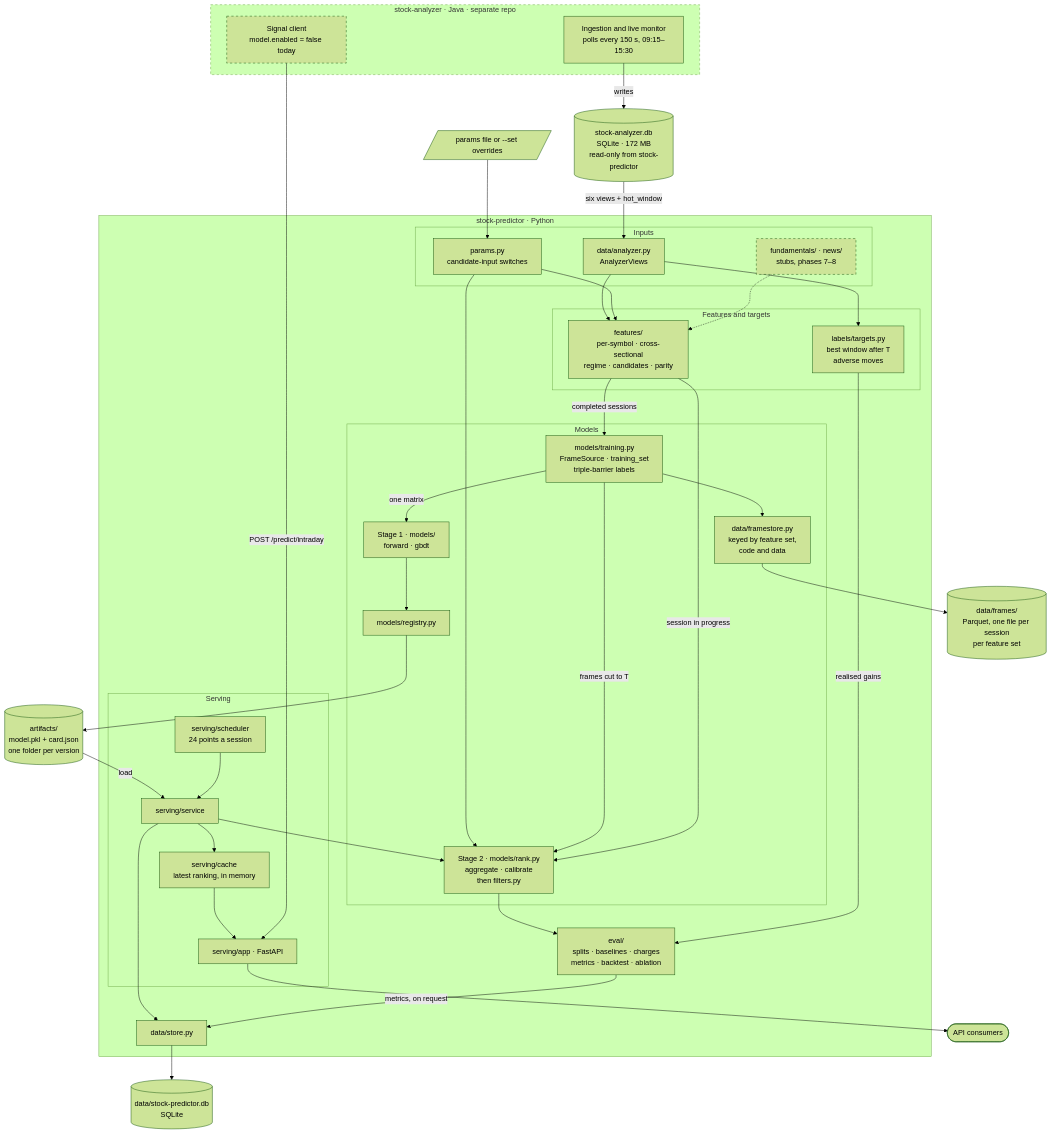
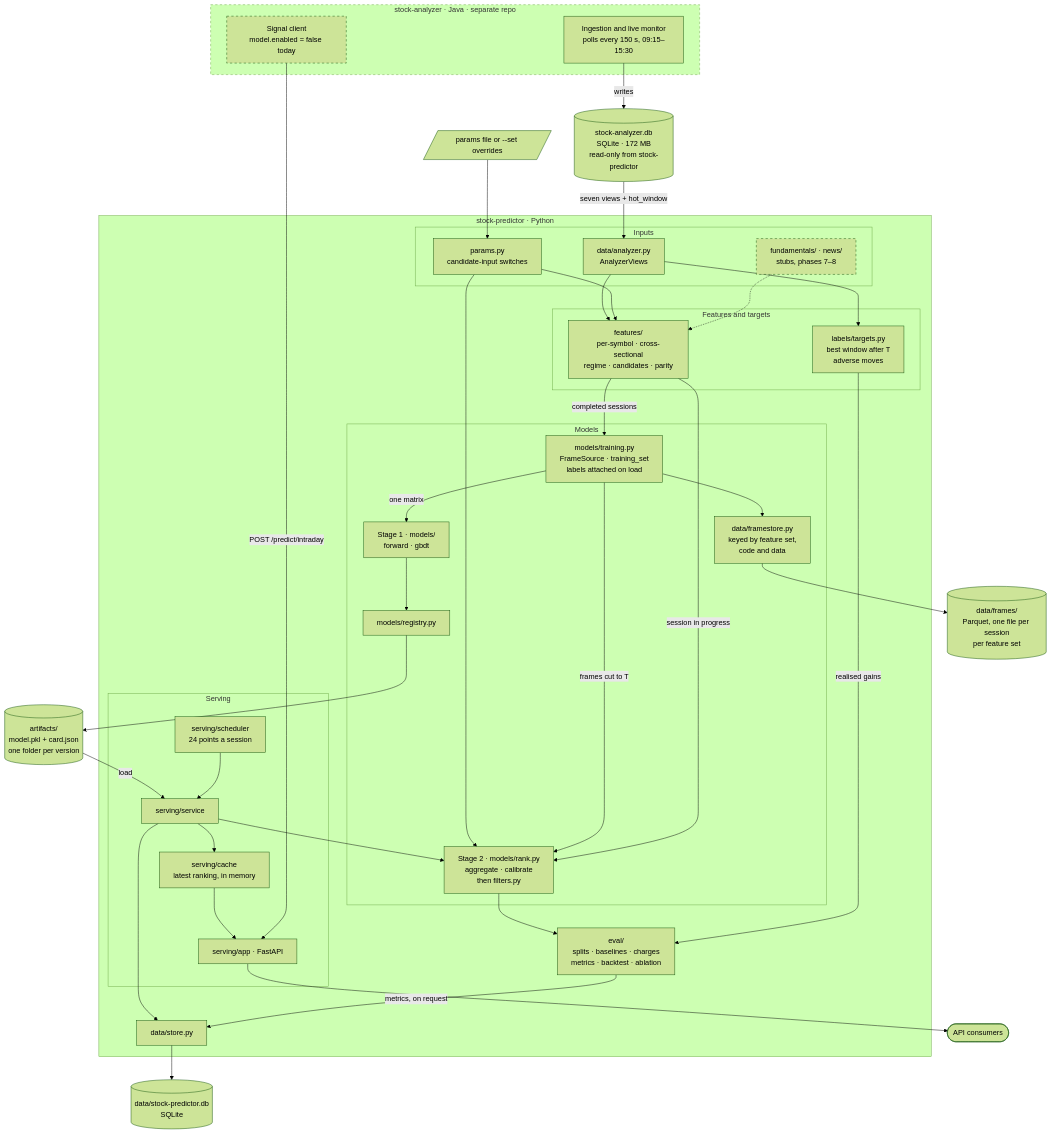
One commit to agnbha/stock-predictor changed the diagram in docs/ARCHITECTURE.md. Above: the diagram before and after it, drawn with Mermaid (forest theme). The commit also changed other lines of this file and 13 other files, not shown here.

````diff
--- a/docs/ARCHITECTURE.md
+++ b/docs/ARCHITECTURE.md
@@ -12,80 +12,80 @@
 ```mermaid
 flowchart TB
   subgraph SA["stock-analyzer · Java · separate repo"]
     ingest["Ingestion and live monitor<br/>polls every 150 s, 09:15–15:30"]
     monitor["Signal client<br/>model.enabled = false today"]
   end
 
   adb[("stock-analyzer.db<br/>SQLite · 172 MB<br/>read-only from stock-predictor")]
 
   subgraph SP["stock-predictor · Python"]
     subgraph INPUTS["Inputs"]
       reader["data/analyzer.py<br/>AnalyzerViews"]
       params["params.py<br/>candidate-input switches"]
       stubs["fundamentals/ · news/<br/>stubs, phases 7–8"]
     end
 
     subgraph BUILD["Features and targets"]
       feats["features/<br/>per-symbol · cross-sectional<br/>regime · candidates · parity"]
       labels["labels/targets.py<br/>best window after T<br/>adverse moves"]
     end
 
     subgraph MODELS["Models"]
-      trainset["models/training.py<br/>FrameSource · training_set<br/>triple-barrier labels"]
+      trainset["models/training.py<br/>FrameSource · training_set<br/>labels attached on load"]
       fstore["data/framestore.py<br/>keyed by feature set,<br/>code and data"]
       stage1["Stage 1 · models/<br/>forward · gbdt"]
       registry["models/registry.py"]
       stage2["Stage 2 · models/rank.py<br/>aggregate · calibrate<br/>then filters.py"]
     end
 
     evalm["eval/<br/>splits · baselines · charges<br/>metrics · backtest · ablation"]
 
     subgraph SERVING["Serving"]
       sched["serving/scheduler<br/>24 points a session"]
       svc["serving/service"]
       cache["serving/cache<br/>latest ranking, in memory"]
       app["serving/app · FastAPI"]
     end
 
     store["data/store.py"]
   end
 
   toml[/"params file or --set overrides"/]
   frames[("data/frames/<br/>Parquet, one file per session<br/>per feature set")]
   art[("artifacts/<br/>model.pkl + card.json<br/>one folder per version")]
   pdb[("data/stock-predictor.db<br/>SQLite")]
   client(["API consumers"])
 
   ingest -->|"writes"| adb
-  adb -->|"six views + hot_window"| reader
+  adb -->|"seven views + hot_window"| reader
   reader --> feats
   reader --> labels
   toml --> params
   params --> feats
   params --> stage2
   stubs -.-> feats
   feats -->|"completed sessions"| trainset
   trainset --> fstore
   fstore --> frames
   trainset -->|"one matrix"| stage1
   stage1 --> registry
   registry --> art
   art -->|"load"| svc
   trainset -->|"frames cut to T"| stage2
   feats -->|"session in progress"| stage2
   stage2 --> evalm
   labels -->|"realised gains"| evalm
   sched --> svc
   svc --> stage2
   svc --> cache
   cache --> app
   svc --> store
   evalm -->|"metrics, on request"| store
   store --> pdb
   app --> client
   monitor -->|"POST /predict/intraday"| app
 
   classDef dashed stroke-dasharray: 5 5
   class stubs,monitor dashed
   style SA stroke-dasharray: 5 5
 ```
````
